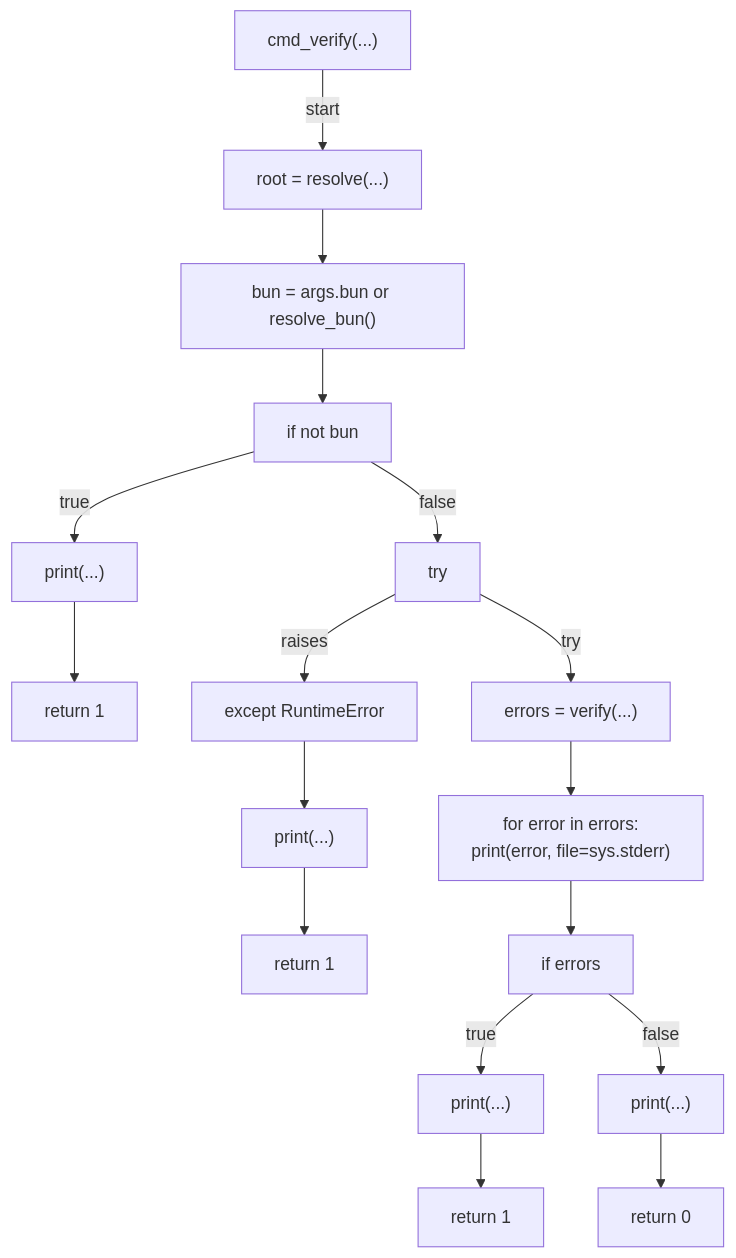
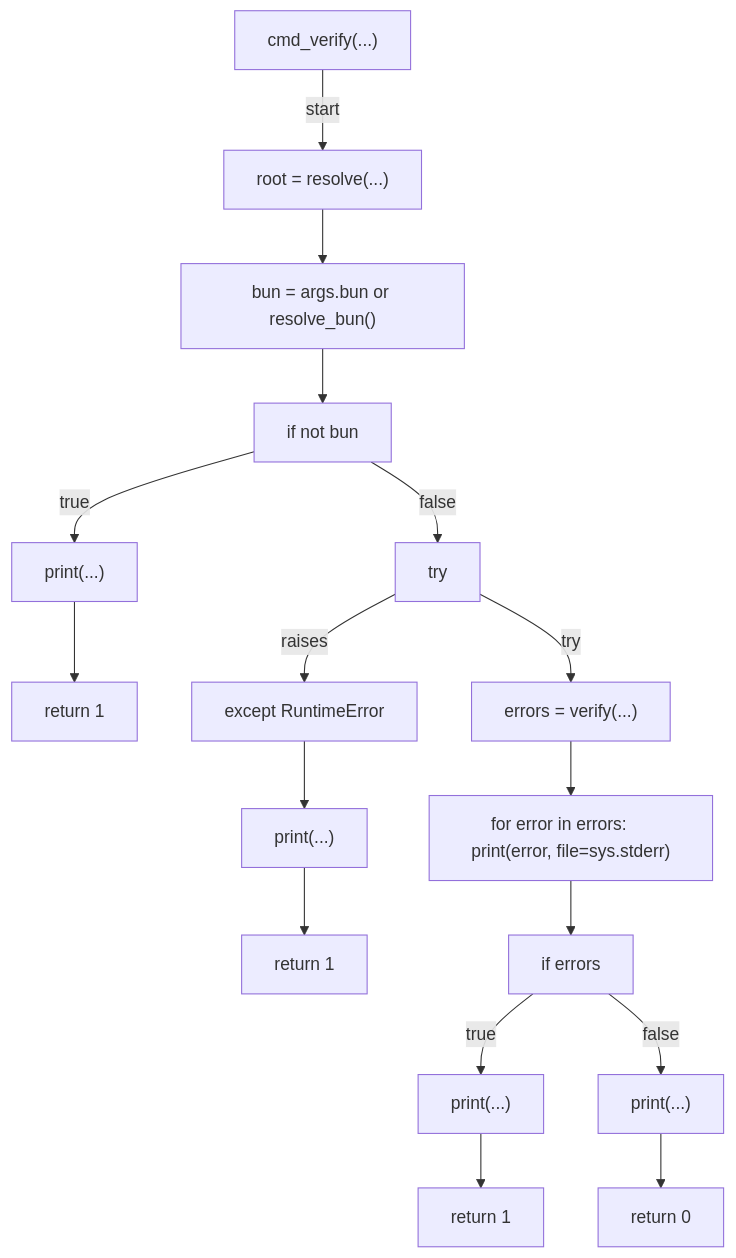
Diagram 12 of 14 in docs/generated/scripts/ast/scan_mermaid_syntax.md (tvna/claude-md), drawn with Mermaid before and after one commit. The commit also changed other lines of this file and 23 other files, not shown here.

First line of the commit message:
docs(generated): regenerate decision tree and workflow diagrams (batch 4/5)

````diff
--- a/docs/generated/scripts/ast/scan_mermaid_syntax.md
+++ b/docs/generated/scripts/ast/scan_mermaid_syntax.md
@@ -203,37 +168,36 @@
 ```mermaid
 flowchart TD
     N001["cmd_verify(...)"]
     N002["root = resolve(...)"]
     N003["bun = args.bun or resolve_bun()"]
     N004["if not bun"]
     N005["print(...)"]
     N006["return 1"]
     N007["try"]
     N008["errors = verify(...)"]
     N009["except RuntimeError"]
     N010["print(...)"]
     N011["return 1"]
-    N012["for error in errors:
-    print(error, file=sys.stderr)"]
+    N012["for error in errors:     print(error, file=sys.stderr)"]
     N013["if errors"]
     N014["print(...)"]
     N015["return 1"]
     N016["print(...)"]
     N017["return 0"]
     N001 -->|"start"| N002
     N002 --> N003
     N003 --> N004
     N004 -->|"true"| N005
     N005 --> N006
     N004 -->|"false"| N007
     N007 -->|"try"| N008
     N007 -->|"raises"| N009
     N009 --> N010
     N010 --> N011
     N008 --> N012
     N012 --> N013
     N013 -->|"true"| N014
     N014 --> N015
     N013 -->|"false"| N016
     N016 --> N017
 ```
````
